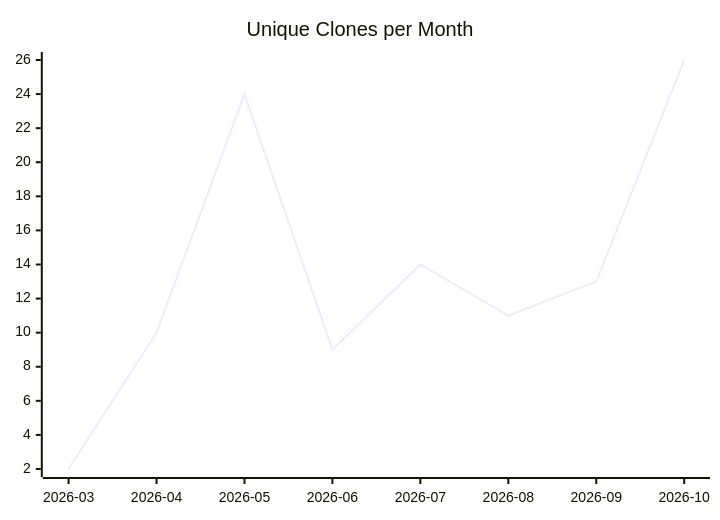
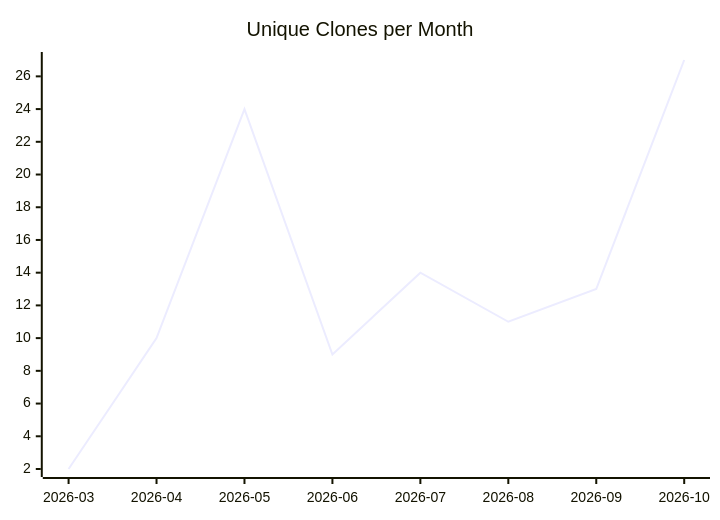
Before and after one commit to justdavis-family/github-analytics-data: the third of 3 diagrams in karlmdavis/xmlpull/README.md, drawn with Mermaid. The commit also changed other lines of this file and 199 other files, not shown here.

````diff
--- a/karlmdavis/xmlpull/README.md
+++ b/karlmdavis/xmlpull/README.md
@@ -19,6 +19,6 @@
 ```mermaid
 xychart-beta
   title "Unique Clones per Month"
   x-axis ["2026-03", "2026-04", "2026-05", "2026-06", "2026-07", "2026-08", "2026-09", "2026-10"]
-  line [2, 10, 24, 9, 14, 11, 13, 26]
+  line [2, 10, 24, 9, 14, 11, 13, 27]
 ```
````
